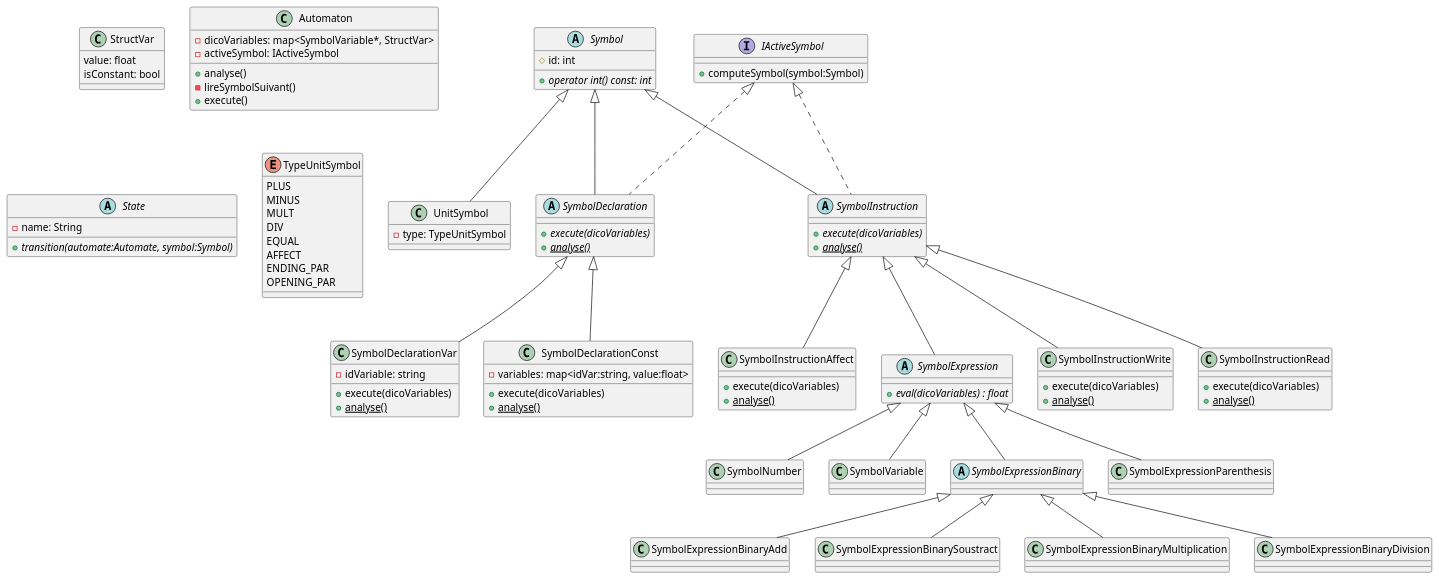
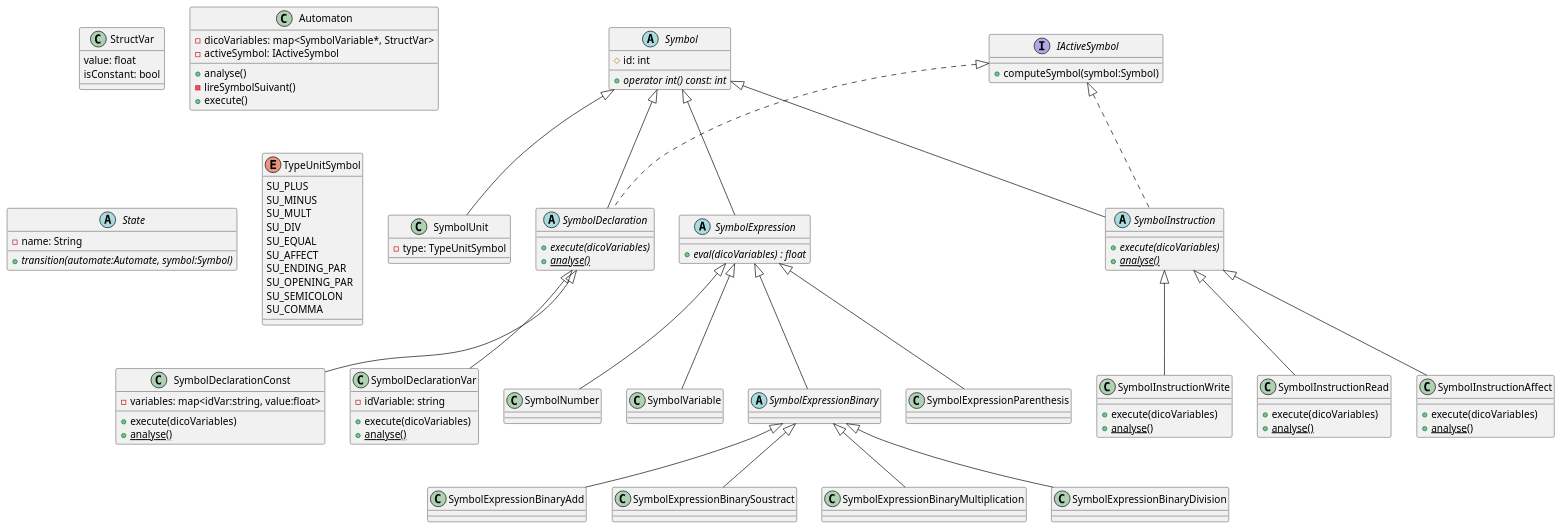
The diagram in diagrams/variables.puml (antitoine/INSA-4IF-lutin-compiler), drawn with PlantUML before and after one commit. The commit also changed 1 other file, not shown here.

```diff
--- a/diagrams/variables.puml
+++ b/diagrams/variables.puml
@@ -1,95 +1,97 @@
 '''''''''
 ' Class '
 '''''''''
 
 class "StructVar" as STRUCT_VAR {
     value: float
     isConstant: bool
 }
 
 class "Automaton" as CLASS_AUTOMATE {
     - dicoVariables: map<SymbolVariable*, StructVar>
     - activeSymbol: IActiveSymbol
     + analyse()
     - lireSymbolSuivant()
     + execute()
 }
 
 abstract class "State" as CLASS_ETAT {
     - name: String
     + {abstract} transition(automate:Automate, symbol:Symbol)
 }
 
 '' Symbols ------------------------------------------------
 
 abstract class "Symbol" as CLASS_SYMBOLE {
     # id: int
     + {abstract} operator int() const: int
 }
 
 enum "TypeUnitSymbol" as ENUM_SYMBOLE_UNITAIRE {
-    PLUS
-    MINUS
-    MULT
-    DIV
-    EQUAL
-    AFFECT
-    ENDING_PAR
-    OPENING_PAR
+    SU_PLUS
+    SU_MINUS
+    SU_MULT
+    SU_DIV
+    SU_EQUAL
+    SU_AFFECT
+    SU_ENDING_PAR
+    SU_OPENING_PAR
+    SU_SEMICOLON
+    SU_COMMA
 }
-class "UnitSymbol" as CLASS_SYMBOLE_POINT_VIRGULE extends CLASS_SYMBOLE {
+class "SymbolUnit" as CLASS_SYMBOLE_POINT_VIRGULE extends CLASS_SYMBOLE {
     - type: TypeUnitSymbol
 }
 
 interface "IActiveSymbol" as INTERFACE_ACTIVE_SYMBOL {
     + computeSymbol(symbol:Symbol)
 }
 
 abstract class "SymbolDeclaration" as CLASS_SYMBOLE_DECLARATION extends CLASS_SYMBOLE implements INTERFACE_ACTIVE_SYMBOL {
     + {abstract} execute(dicoVariables)
     + {abstract} {static} analyse()
 }
 class "SymbolDeclarationVar" as CLASS_SYMBOLE_DECLARATION_VAR extends CLASS_SYMBOLE_DECLARATION {
     - idVariable: string
     + execute(dicoVariables)
     + {static} analyse()
 }
 class "SymbolDeclarationConst" as CLASS_SYMBOLE_DECLARATION_CONST extends CLASS_SYMBOLE_DECLARATION {
     - variables: map<idVar:string, value:float>
     + execute(dicoVariables)
     + {static} analyse()
 }
 abstract class "SymbolInstruction" as CLASS_SYMBOLE_INSTRUCTION extends CLASS_SYMBOLE implements INTERFACE_ACTIVE_SYMBOL {
     + {abstract} execute(dicoVariables)
     + {abstract} {static} analyse()
 }
 class "SymbolInstructionWrite" as CLASS_SYMBOLE_INSTRUCTION_ECRITURE extends CLASS_SYMBOLE_INSTRUCTION {
     + execute(dicoVariables)
     + {static} analyse()
 }
 class "SymbolInstructionRead" as CLASS_SYMBOLE_INSTRUCTION_VAR_LECTURE extends CLASS_SYMBOLE_INSTRUCTION {
     + execute(dicoVariables)
     + {static} analyse()
 }
 class "SymbolInstructionAffect" as CLASS_SYMBOLE_INSTRUCTION_VAR_AFFECTATION extends CLASS_SYMBOLE_INSTRUCTION {
     + execute(dicoVariables)
     + {static} analyse()
 }
 
-abstract class "SymbolExpression" as CLASS_SYMBOLE_EXPRESSION extends CLASS_SYMBOLE_INSTRUCTION {
+abstract class "SymbolExpression" as CLASS_SYMBOLE_EXPRESSION extends CLASS_SYMBOLE {
     + {abstract} eval(dicoVariables) : float
 }
 
 class "SymbolNumber" as CLASS_SYMBOLE_NOMBRE extends CLASS_SYMBOLE_EXPRESSION
 class "SymbolVariable" as CLASS_SYMBOLE_VARIABLE extends CLASS_SYMBOLE_EXPRESSION
 
 abstract class "SymbolExpressionBinary" as CLASS_SYMBOLE_EXPRESSION_BINAIRE extends CLASS_SYMBOLE_EXPRESSION {
 }
 
 class "SymbolExpressionParenthesis" as CLASS_SYMBOLE_EXPRESSION_PARENTHESE extends CLASS_SYMBOLE_EXPRESSION {
 }
 
 class "SymbolExpressionBinaryAdd" as CLASS_SYMBOLE_EXPRESSION_BINAIRE_ADD extends CLASS_SYMBOLE_EXPRESSION_BINAIRE
 class "SymbolExpressionBinarySoustract" as CLASS_SYMBOLE_EXPRESSION_BINAIRE_SOUSTRACTION extends CLASS_SYMBOLE_EXPRESSION_BINAIRE
 class "SymbolExpressionBinaryMultiplication" as CLASS_SYMBOLE_EXPRESSION_BINAIRE_MULT extends CLASS_SYMBOLE_EXPRESSION_BINAIRE
 class "SymbolExpressionBinaryDivision" as CLASS_SYMBOLE_EXPRESSION_BINAIRE_DIV extends CLASS_SYMBOLE_EXPRESSION_BINAIRE
```
